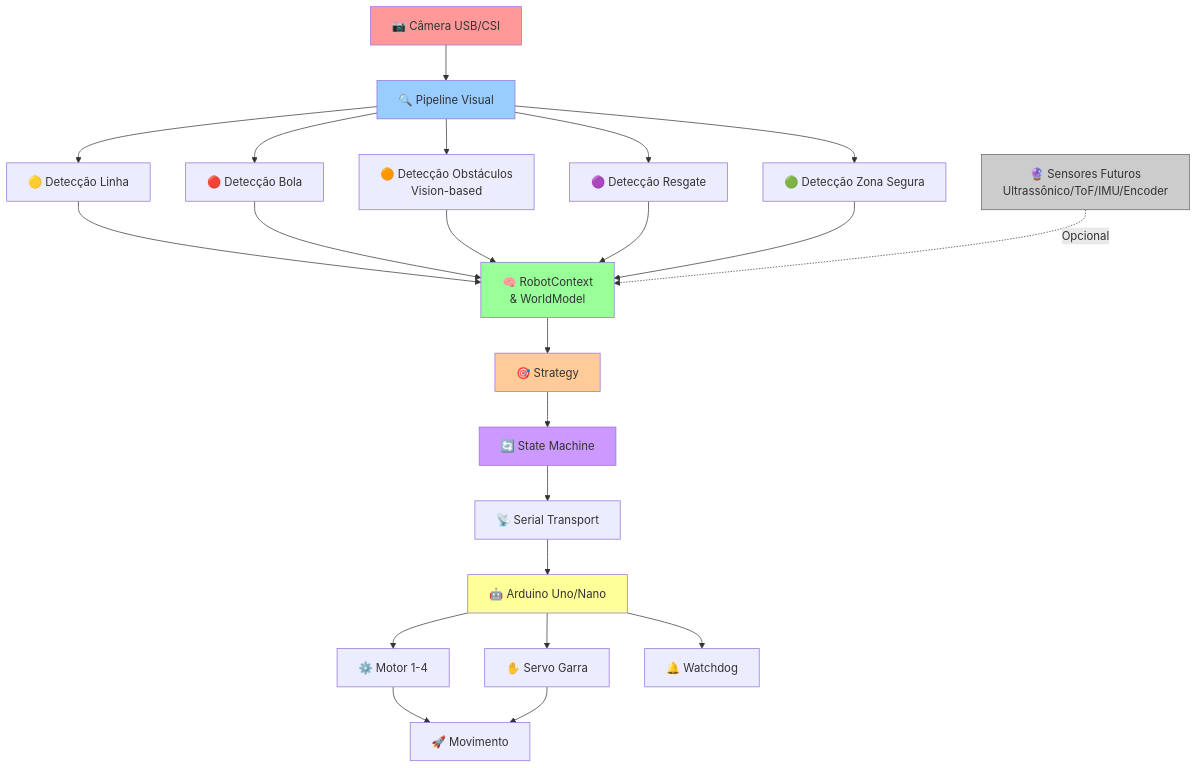
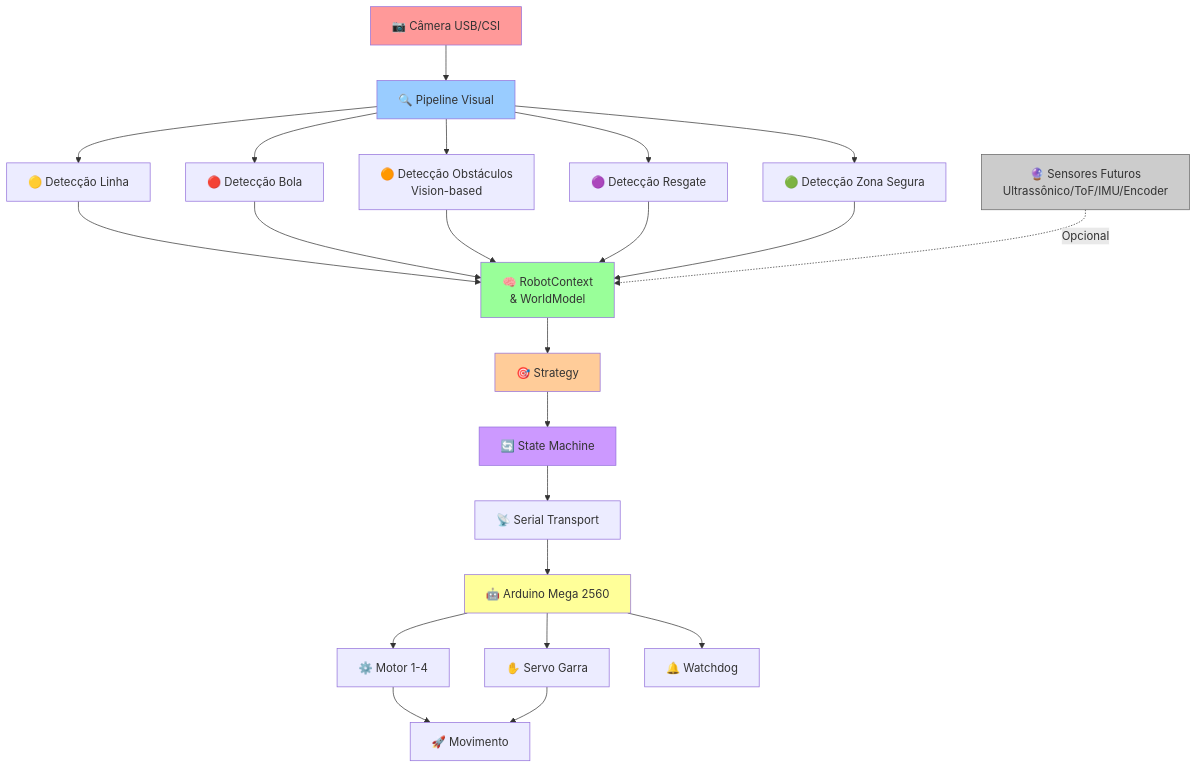
Before and after one commit to danielbraga78/obr-2026-robot: the first of 3 diagrams in README.md, drawn with Mermaid. The commit also changed other lines of this file and 14 other files, not shown here.

````diff
--- a/README.md
+++ b/README.md
@@ -66,37 +66,37 @@
 ```mermaid
 flowchart TD
     A["📷 Câmera USB/CSI"] --> B["🔍 Pipeline Visual"]
     B --> C1["🟡 Detecção Linha"]
     B --> C2["🔴 Detecção Bola"]
     B --> C3["🟠 Detecção Obstáculos<br/>Vision-based"]
     B --> C4["🟣 Detecção Resgate"]
     B --> C5["🟢 Detecção Zona Segura"]
     
     C1 --> D["🧠 RobotContext<br/>& WorldModel"]
     C2 --> D
     C3 --> D
     C4 --> D
     C5 --> D
     
     D --> E["🎯 Strategy"]
     E --> F["🔄 State Machine"]
     F --> G["📡 Serial Transport"]
-    G --> H["🤖 Arduino Uno/Nano"]
+    G --> H["🤖 Arduino Mega 2560"]
     
     H --> I1["⚙️ Motor 1-4"]
     H --> I2["✋ Servo Garra"]
     H --> I3["🔔 Watchdog"]
     
     I1 --> J["🚀 Movimento"]
     I2 --> J
     
     K["🔮 Sensores Futuros<br/>Ultrassônico/ToF/IMU/Encoder"] -.->|Opcional| D
     
     style A fill:#ff9999
     style B fill:#99ccff
     style D fill:#99ff99
     style E fill:#ffcc99
     style F fill:#cc99ff
     style H fill:#ffff99
     style K fill:#cccccc,stroke:#666
 ```
````
